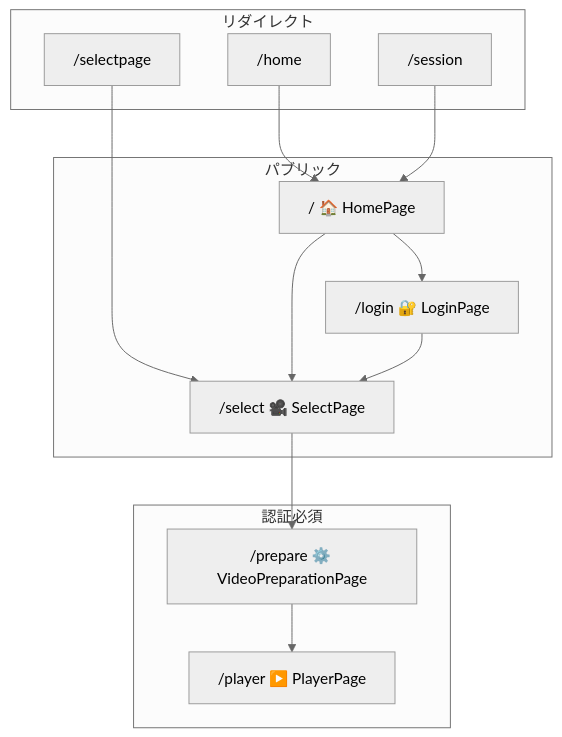
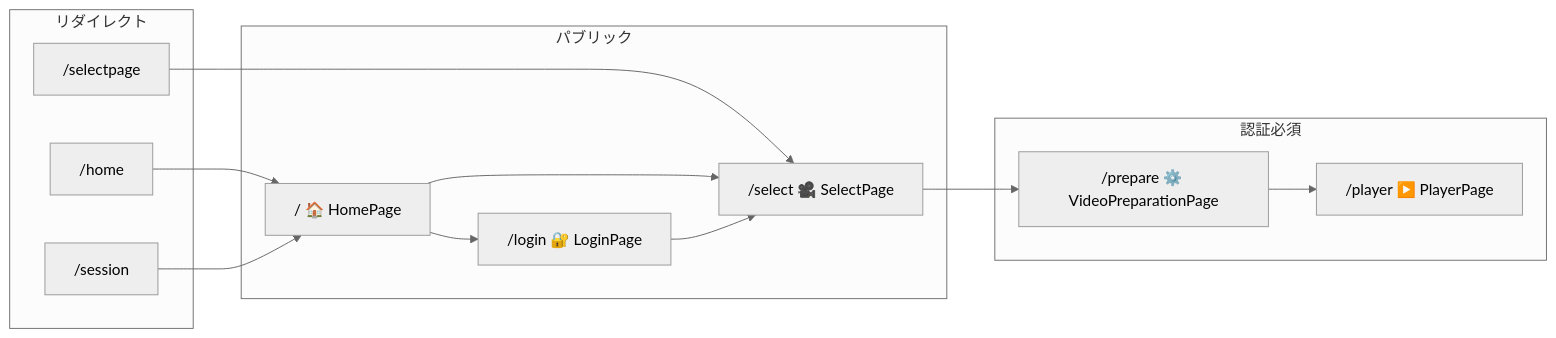
The fourth of 6 diagrams in docs/frontend-specification-awardday.md (jphacks/kz_2504), drawn with Mermaid (neutral theme) before and after one commit. The commit also changed other lines of this file and 3 other files, not shown here.

Commit message:
縦長の図を横に変更

````diff
--- a/docs/frontend-specification-awardday.md
+++ b/docs/frontend-specification-awardday.md
@@ -401,25 +401,25 @@
 ```mermaid
-flowchart TB
+flowchart LR
     subgraph Public["パブリック"]
         R1["/ 🏠 HomePage"]
         R2["/login 🔐 LoginPage"]
         R3["/select 🎥 SelectPage"]
     end
     
     subgraph Protected["認証必須"]
         R4["/prepare ⚙️ VideoPreparationPage"]
         R5["/player ▶️ PlayerPage"]
     end
     
     subgraph Redirect["リダイレクト"]
         OLD1["/home"] --> R1
         OLD2["/session"] --> R1
         OLD3["/selectpage"] --> R3
     end
     
     R1 --> R2
     R1 --> R3
     R2 --> R3
     R3 --> R4
     R4 --> R5
 ```
````
